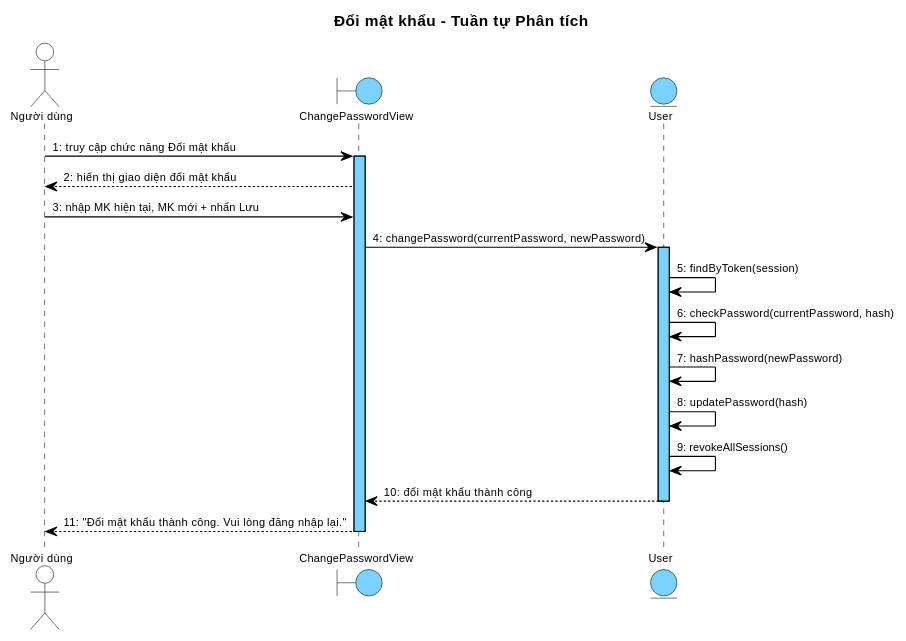
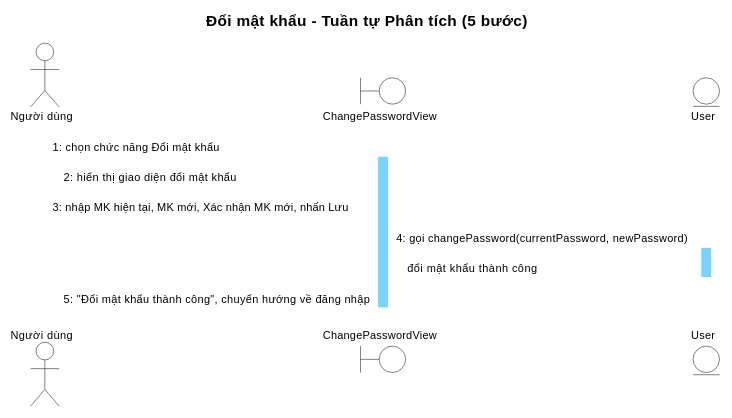
Before and after one commit to thanhtrnnn/cnpm: the fifth of 7 diagrams in docs/tabs/section-account-ii.md, drawn with PlantUML. The commit also changed other lines of this file and 16 other files, not shown here.

First line of the commit message:
feat: strict step alignment + blue diagrams + native bullets

````diff
--- a/docs/tabs/section-account-ii.md
+++ b/docs/tabs/section-account-ii.md
@@ -555,74 +503,46 @@
 ```plantuml
 @startuml
 skinparam shadowing false
 skinparam SequenceMessageAlign left
-
 skinparam SequenceLifeLineBackgroundColor #7AD2FF
 skinparam SequenceLifeLineBorderColor #000000
+skinparam sequenceParticipantBackgroundColor #7AD2FF
+skinparam sequenceParticipantBorderColor #000000
+skinparam sequenceParticipantFontColor #000000
+skinparam sequenceArrowColor #000000
+skinparam sequenceArrowFontColor #000000
 
 <style>
 sequenceDiagram {
   Shadowing 0
   RoundCorner 0
   FontName "Arial"
   FontSize 10
   FontColor #000000
-
-  participant {
-    BackgroundColor #7AD2FF
-    LineColor #000000
-    LineThickness 1
-  }
-
-  actor {
-    BackgroundColor transparent
-    LineColor #000000
-  }
-  boundary {
-    BackgroundColor #7AD2FF
-    LineColor #000000
-  }
-  control {
-    BackgroundColor #7AD2FF
-    LineColor #000000
-  }
-  entity {
-    BackgroundColor #7AD2FF
-    LineColor #000000
-  }
-
-  lifeline {
-    LineColor #000000
-    LineStyle 5-5
-  }
-
-  arrow {
-    LineColor #000000
-    LineThickness 1
-    FontSize 10
-  }
+  participant { BackgroundColor #7AD2FF LineColor #000000 LineThickness 1 }
+  actor { BackgroundColor transparent LineColor #000000 }
+  boundary { BackgroundColor #7AD2FF LineColor #000000 }
+  control { BackgroundColor #7AD2FF LineColor #000000 }
+  entity { BackgroundColor #7AD2FF LineColor #000000 }
+  lifeline { LineColor #000000 LineStyle 5-5 }
+  arrow { LineColor #000000 LineThickness 1 FontSize 10 }
 }
 </style>
-title Đổi mật khẩu – Tuần tự Phân tích
+title Đổi mật khẩu – Tuần tự Phân tích (5 bước)
 
-actor "Người dùng" as ND
+actor "Người dùng" as Actor
 boundary ChangePasswordView as B1
 entity User as E1
 
-ND -> B1 : 1: truy cập chức năng Đổi mật khẩu
+Actor -> B1 : 1: chọn chức năng Đổi mật khẩu
 activate B1
-B1 --> ND : 2: hiển thị giao diện đổi mật khẩu
-ND -> B1 : 3: nhập MK hiện tại, MK mới + nhấn Lưu
-B1 -> E1 : 4: changePassword(currentPassword, newPassword)
+B1 --> Actor : 2: hiển thị giao diện đổi mật khẩu
+Actor -> B1 : 3: nhập MK hiện tại, MK mới, Xác nhận MK mới, nhấn Lưu
+B1 -> E1 : 4: gọi changePassword(currentPassword, newPassword)
 activate E1
-E1 -> E1 : 5: findByToken(session)
-E1 -> E1 : 6: checkPassword(currentPassword, hash)
-E1 -> E1 : 7: hashPassword(newPassword)
-E1 -> E1 : 8: updatePassword(hash)
-E1 -> E1 : 9: revokeAllSessions()
-E1 --> B1 : 10: đổi mật khẩu thành công
+E1 --> B1 : đổi mật khẩu thành công
 deactivate E1
-B1 --> ND : 11: "Đổi mật khẩu thành công. Vui lòng đăng nhập lại."
+B1 --> Actor : 5: "Đổi mật khẩu thành công", chuyển hướng về đăng nhập
 deactivate B1
 @enduml
 ```
````
